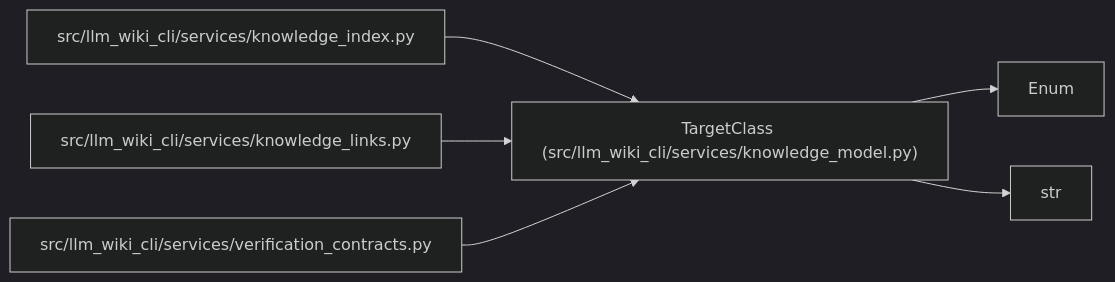
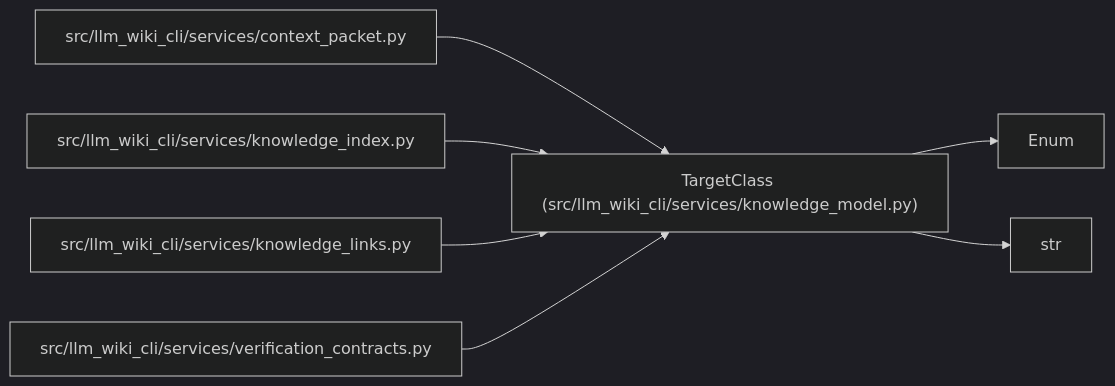
The diagram in docs/llm_wiki/entities/TargetClass.md (Denissvgn/python-wiki-llm), drawn with Mermaid (dark theme) before and after one commit. The commit also changed other lines of this file and 364 other files, not shown here.

````diff
--- a/docs/llm_wiki/entities/TargetClass.md
+++ b/docs/llm_wiki/entities/TargetClass.md
@@ -32,18 +32,21 @@
 ```mermaid
 flowchart LR
     n0["TargetClass (src/llm_wiki_cli/services/knowledge_model.py)"]
     n1["Enum"]
     n2["str"]
-    n3["src/llm_wiki_cli/services/knowledge_index.py"]
-    n4["src/llm_wiki_cli/services/knowledge_links.py"]
-    n5["src/llm_wiki_cli/services/verification_contracts.py"]
+    n3["src/llm_wiki_cli/services/context_packet.py"]
+    n4["src/llm_wiki_cli/services/knowledge_index.py"]
+    n5["src/llm_wiki_cli/services/knowledge_links.py"]
+    n6["src/llm_wiki_cli/services/verification_contracts.py"]
     n0 --> n1
     n0 --> n2
     n3 --> n0
     n4 --> n0
     n5 --> n0
+    n6 --> n0
     click n0 "../modules/knowledge_model.md"
-    click n3 "../modules/knowledge_index.md"
-    click n4 "../modules/knowledge_links.md"
-    click n5 "../modules/verification_contracts.md"
+    click n3 "../modules/context_packet.md"
+    click n4 "../modules/knowledge_index.md"
+    click n5 "../modules/knowledge_links.md"
+    click n6 "../modules/verification_contracts.md"
 ```
````
